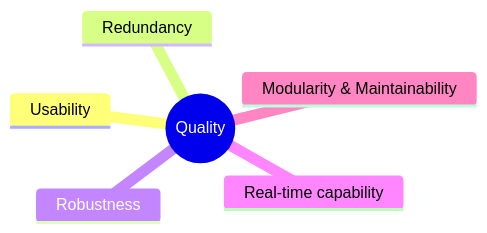
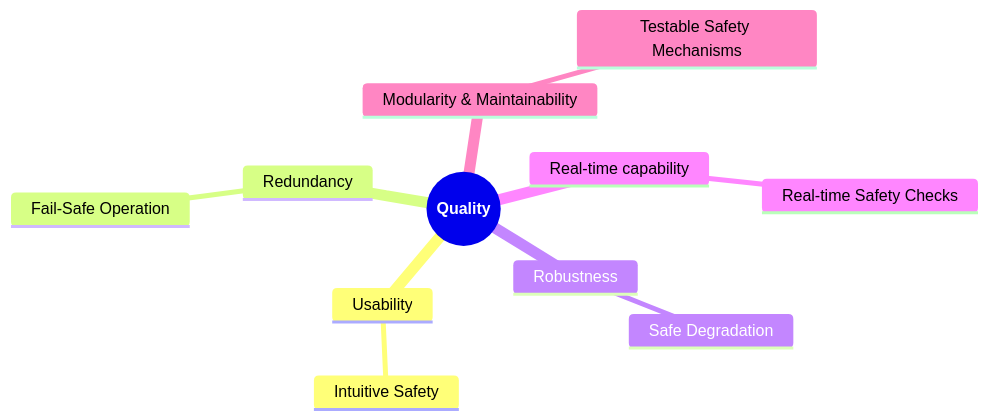
The sixth of 6 diagrams in doc/10. Quality Requirements.md (una-auxme/arlab), drawn with Mermaid before and after one commit. The commit also changed other lines of this file, not shown here.

Commit message:
'Updated 10. Quality Requirements.md' - worked on new szenarios, worked on graphs, worked on tables. Adapted everything to the new information.

````diff
--- a/doc/10. Quality Requirements.md
+++ b/doc/10. Quality Requirements.md
@@ -139,9 +191,14 @@
 ```mermaid
 mindmap
-  root((Quality))
+  root((**Quality**))
     Usability
+      Intuitive Safety 
     Redundancy
+      Fail-Safe Operation
     Robustness
+      Safe Degradation
     Real-time capability
+      Real-time Safety Checks
     Modularity & Maintainability
+      Testable Safety Mechanisms
 ```
````
